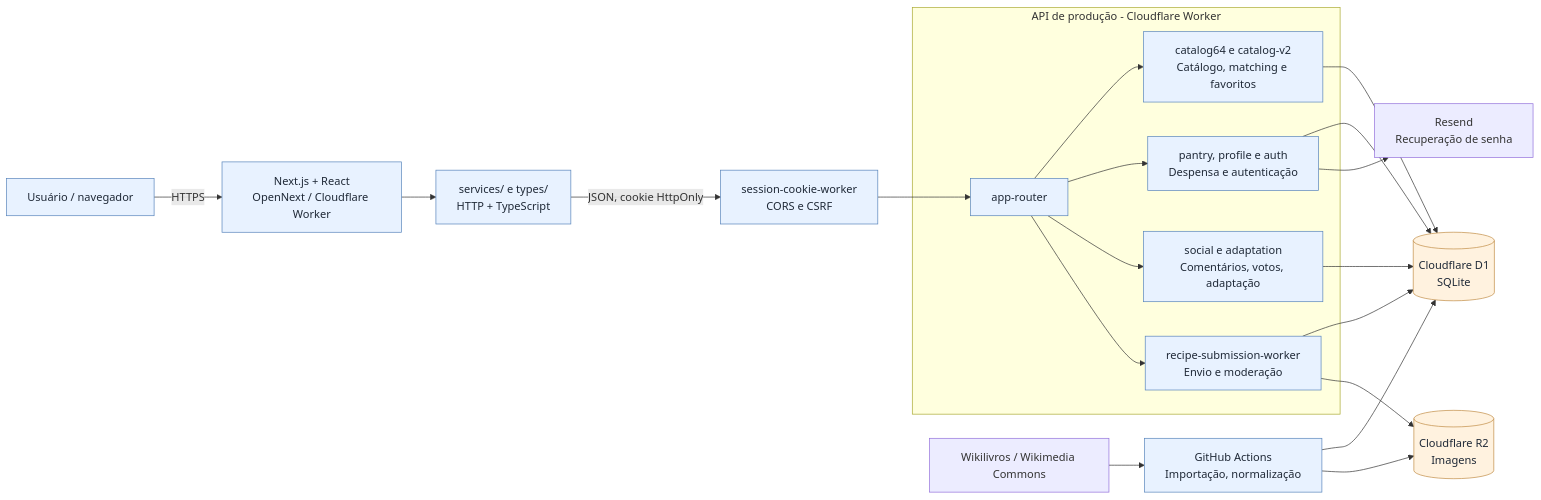
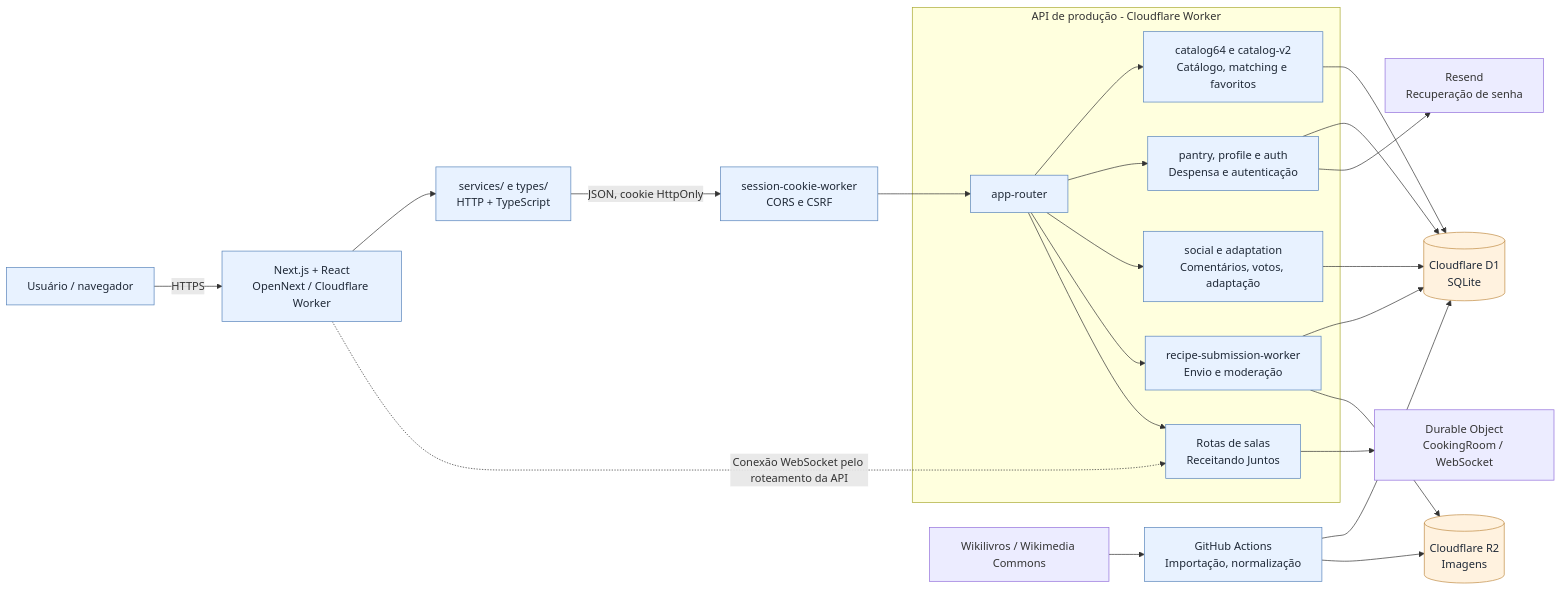
Before and after one commit to pitado/receitando: the diagram in docs/diagramas/componentes.md, drawn with Mermaid. The commit also changed other lines of this file, not shown here.

Commit message:
docs: incluir fluxo WebSocket e Durable Objects no diagrama de componentes

````diff
--- a/docs/diagramas/componentes.md
+++ b/docs/diagramas/componentes.md
@@ -7,26 +5,29 @@
 ```mermaid
 flowchart LR
     U["Usuário / navegador"] -->|HTTPS| F["Next.js + React<br/>OpenNext / Cloudflare Worker"]
     F --> S["services/ e types/<br/>HTTP + TypeScript"]
     S -->|JSON, cookie HttpOnly| SC["session-cookie-worker<br/>CORS e CSRF"]
     SC --> AR["app-router"]
     subgraph API["API de produção - Cloudflare Worker"]
        AR --> CAT["catalog64 e catalog-v2<br/>Catálogo, matching e favoritos"]
        AR --> USER["pantry, profile e auth<br/>Despensa e autenticação"]
        AR --> SOCIAL["social e adaptation<br/>Comentários, votos, adaptação"]
        AR --> SUB["recipe-submission-worker<br/>Envio e moderação"]
+       AR --> ROOM["Rotas de salas<br/>Receitando Juntos"]
     end
     CAT --> D1[("Cloudflare D1<br/>SQLite")]
     USER --> D1
     SOCIAL --> D1
     SUB --> D1
     SUB --> R2[("Cloudflare R2<br/>Imagens")]
     USER --> EMAIL["Resend<br/>Recuperação de senha"]
+    ROOM --> DO["Durable Object<br/>CookingRoom / WebSocket"]
+    F -. "Conexão WebSocket pelo roteamento da API" .-> ROOM
     EXT["Wikilivros / Wikimedia Commons"] --> CI["GitHub Actions<br/>Importação, normalização"]
     CI --> D1
     CI --> R2
     classDef service fill:#e8f2ff,stroke:#5884bb,color:#1f2937
     classDef database fill:#fff2df,stroke:#c08c45,color:#1f2937
-    class U,F,S,SC,AR,CAT,USER,SOCIAL,SUB,CI service
+    class U,F,S,SC,AR,CAT,USER,SOCIAL,SUB,ROOM,CI service
     class D1,R2 database
 ```
````
